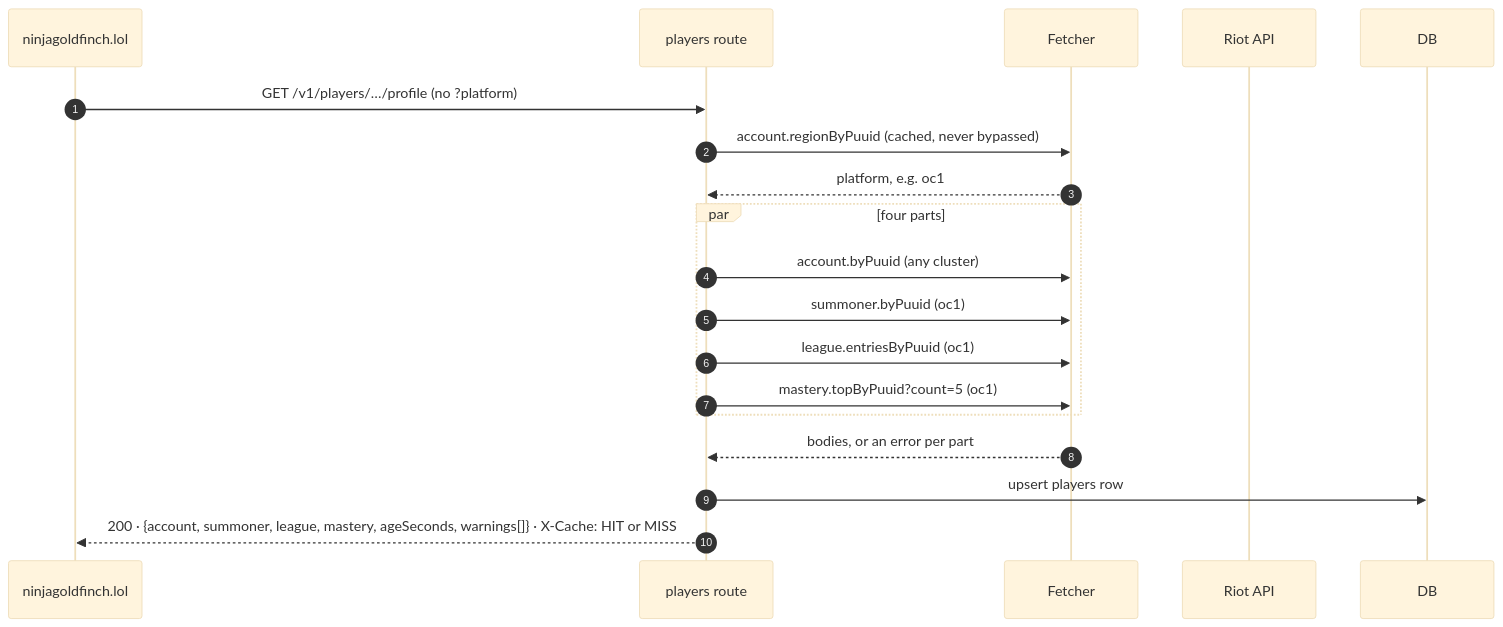
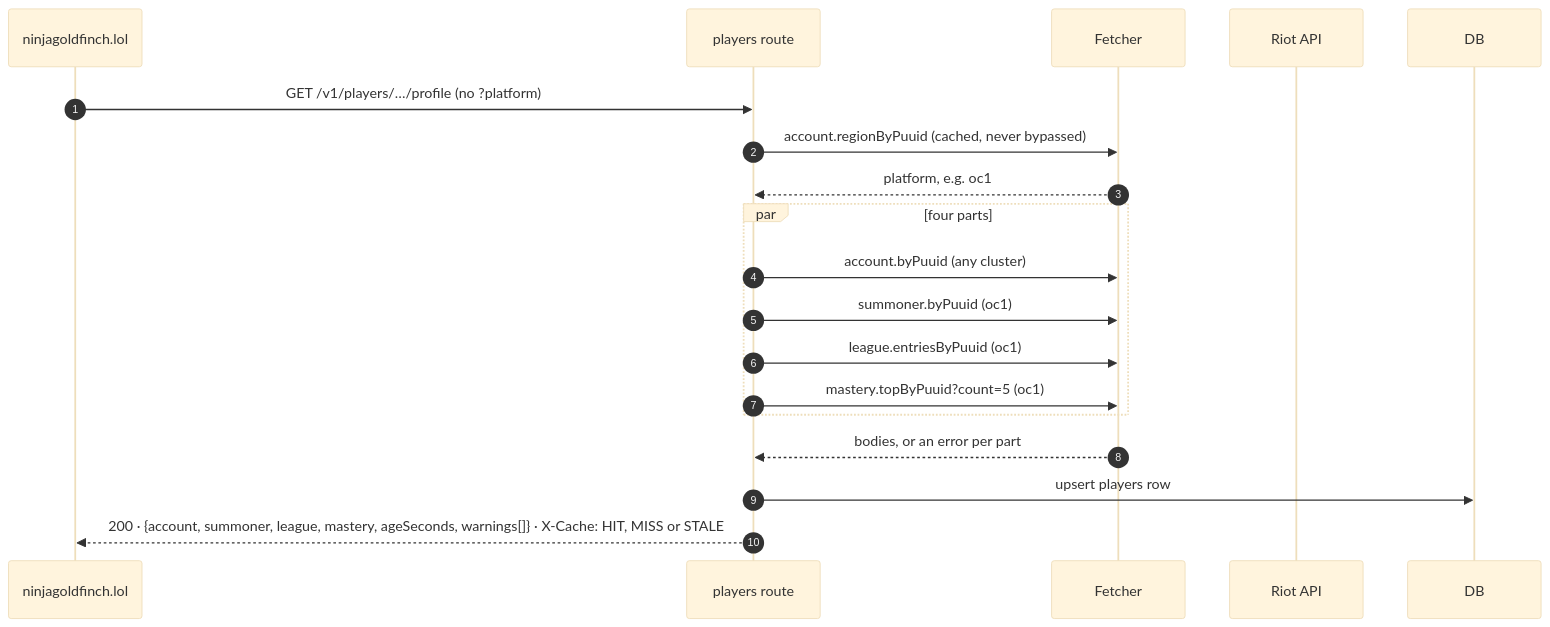
Before and after one commit to NinjaGoldfinch/riot-proxy: the third of 4 diagrams in docs/architecture/request-lifecycle.md, drawn with Mermaid (base theme). The commit also changed other lines of this file and 38 other files, not shown here.

First line of the commit message:
feat(cache): stale beats none for /v1/players/* (AVL-03) (#270)

````diff
--- a/docs/architecture/request-lifecycle.md
+++ b/docs/architecture/request-lifecycle.md
@@ -85,21 +85,21 @@
 ```mermaid
 sequenceDiagram
     autonumber
     participant C as ninjagoldfinch.lol
     participant P as players route
     participant F as Fetcher
     participant R as Riot API
     participant DB as DB
     C->>P: GET /v1/players/…/profile (no ?platform)
     P->>F: account.regionByPuuid (cached, never bypassed)
     F-->>P: platform, e.g. oc1
     par four parts
         P->>F: account.byPuuid (any cluster)
         P->>F: summoner.byPuuid (oc1)
         P->>F: league.entriesByPuuid (oc1)
         P->>F: mastery.topByPuuid?count=5 (oc1)
     end
     F-->>P: bodies, or an error per part
     P->>DB: upsert players row
-    P-->>C: 200 · {account, summoner, league, mastery, ageSeconds, warnings[]} · X-Cache: HIT or MISS
+    P-->>C: 200 · {account, summoner, league, mastery, ageSeconds, warnings[]} · X-Cache: HIT, MISS or STALE
 ```
````
